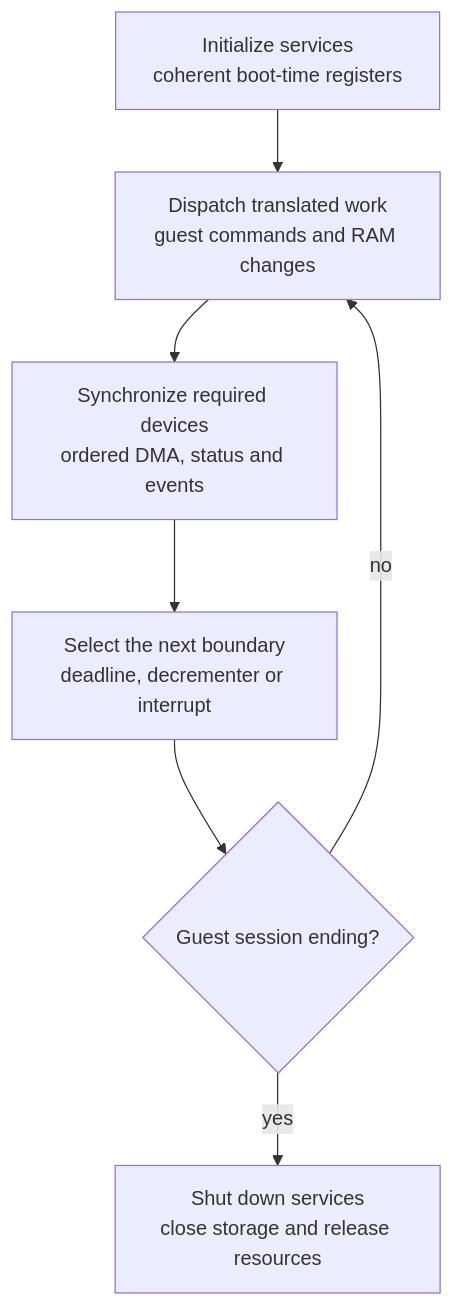
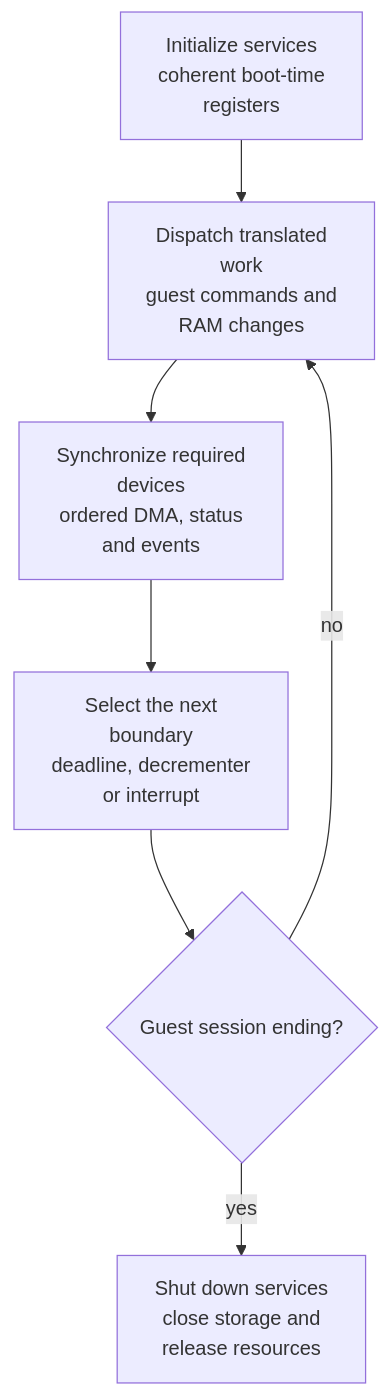
The third of 3 diagrams in docs/architecture/Services.md (Aelbannan/boat_of_daphnes), drawn with Mermaid before and after one commit. The commit also changed 7 other files, not shown here.

Commit message:
Wrap Mermaid diagram labels

````diff
--- a/docs/architecture/Services.md
+++ b/docs/architecture/Services.md
@@ -267,19 +267,27 @@
 ```mermaid
 flowchart TD
     Initialize["`Initialize services
-coherent boot-time registers`"]
-    Dispatch["`Dispatch translated work
-guest commands and RAM changes`"]
-    Synchronize["`Synchronize required devices
-ordered DMA, status and events`"]
-    Rebudget["`Select the next boundary
-deadline, decrementer or interrupt`"]
+coherent boot-time
+registers`"]
+    Dispatch["`Dispatch translated
+work
+guest commands and
+RAM changes`"]
+    Synchronize["`Synchronize required
+devices
+ordered DMA, status
+and events`"]
+    Rebudget["`Select the next
+boundary
+deadline, decrementer
+or interrupt`"]
     Stop{"Guest session ending?"}
     Shutdown["`Shut down services
-close storage and release resources`"]
+close storage and
+release resources`"]
 
     Initialize --> Dispatch
     Dispatch --> Synchronize --> Rebudget --> Stop
     Stop -->|"no"| Dispatch
     Stop -->|"yes"| Shutdown
 ```
````
